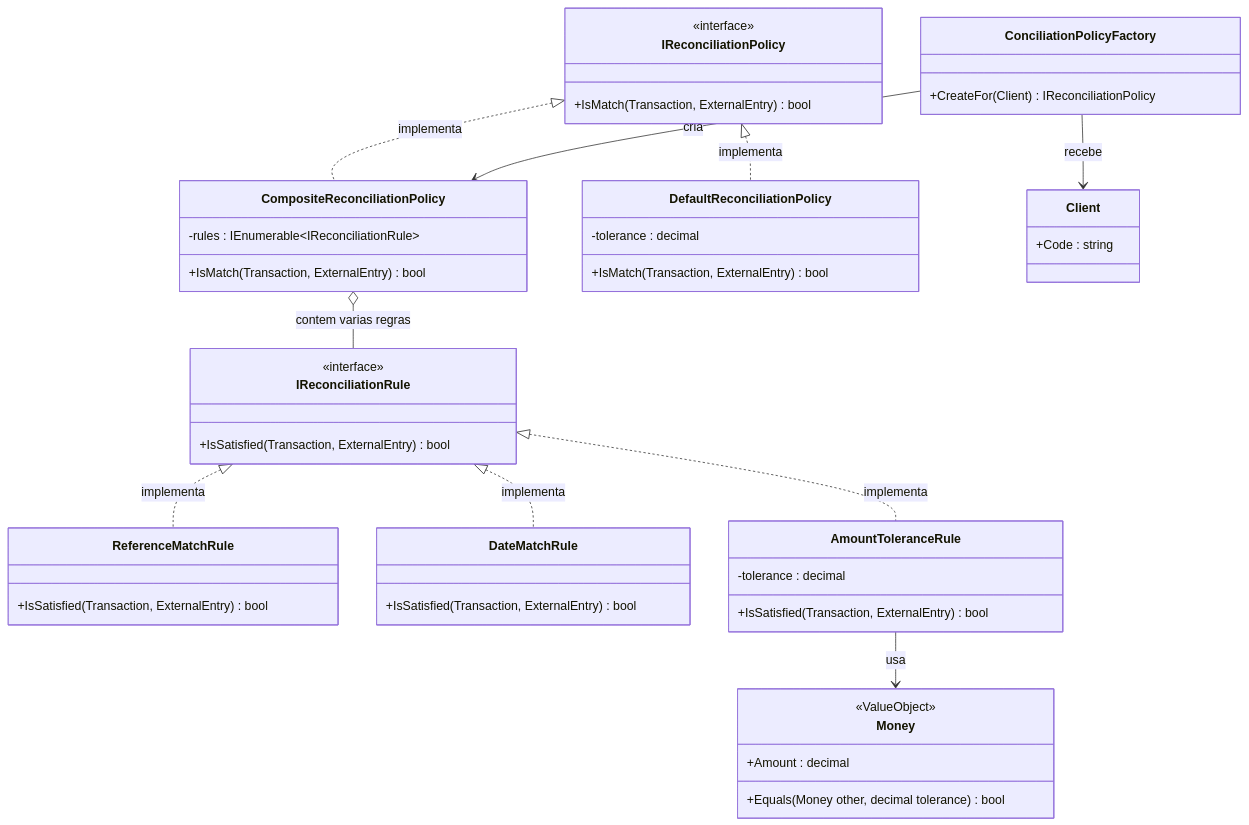
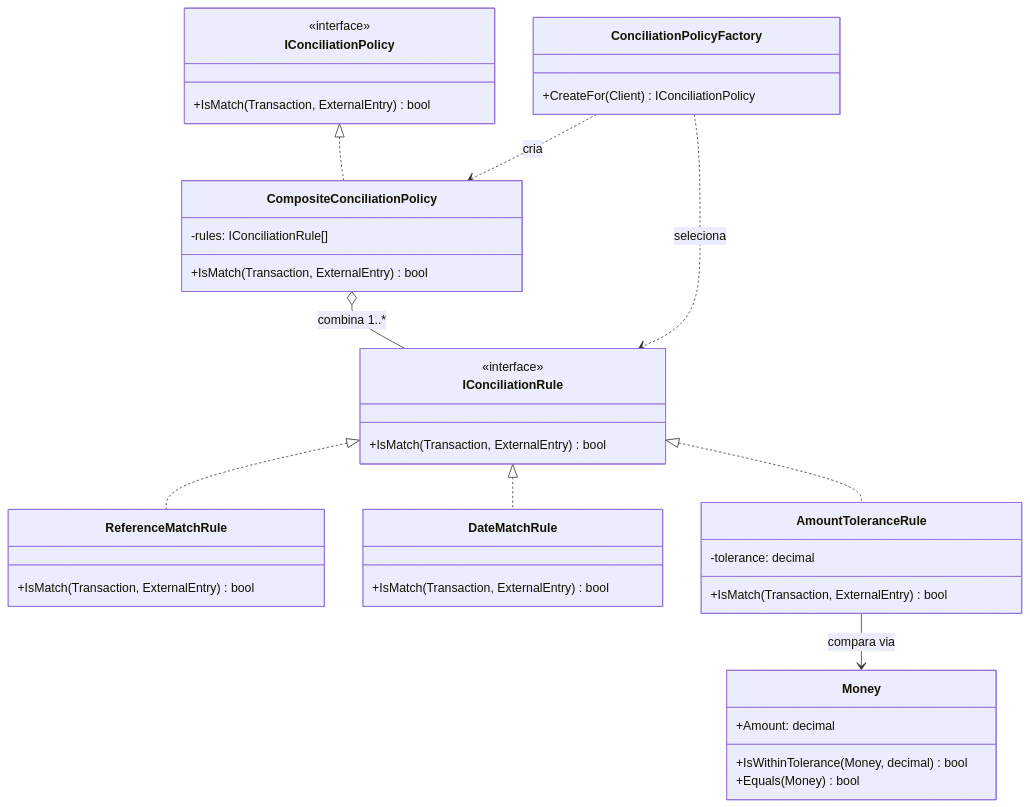
Before and after one commit to awernek/Conciliacao: the eighth of 12 diagrams in docs/DIAGRAMAS-PROJETO.md, drawn with Mermaid. The commit also changed other lines of this file and 22 other files, not shown here.

````diff
--- a/docs/DIAGRAMAS-PROJETO.md
+++ b/docs/DIAGRAMAS-PROJETO.md
@@ -326,61 +262,49 @@
 ```mermaid
 classDiagram
-    direction TB
-
-    class IReconciliationPolicy {
+    class IConciliationPolicy {
         <<interface>>
         +IsMatch(Transaction, ExternalEntry) bool
     }
 
-    class CompositeReconciliationPolicy {
-        -rules : IEnumerable~IReconciliationRule~
+    class CompositeConciliationPolicy {
+        -rules: IConciliationRule[]
         +IsMatch(Transaction, ExternalEntry) bool
     }
 
-    class DefaultReconciliationPolicy {
-        -tolerance : decimal
+    class IConciliationRule {
+        <<interface>>
         +IsMatch(Transaction, ExternalEntry) bool
     }
 
-    class IReconciliationRule {
-        <<interface>>
-        +IsSatisfied(Transaction, ExternalEntry) bool
-    }
-
     class ReferenceMatchRule {
-        +IsSatisfied(Transaction, ExternalEntry) bool
+        +IsMatch(Transaction, ExternalEntry) bool
     }
 
     class DateMatchRule {
-        +IsSatisfied(Transaction, ExternalEntry) bool
+        +IsMatch(Transaction, ExternalEntry) bool
     }
 
     class AmountToleranceRule {
-        -tolerance : decimal
-        +IsSatisfied(Transaction, ExternalEntry) bool
+        -tolerance: decimal
+        +IsMatch(Transaction, ExternalEntry) bool
     }
 
     class Money {
-        <<ValueObject>>
-        +Amount : decimal
-        +Equals(Money other, decimal tolerance) bool
+        +Amount: decimal
+        +IsWithinTolerance(Money, decimal) bool
+        +Equals(Money) bool
     }
 
     class ConciliationPolicyFactory {
-        +CreateFor(Client) IReconciliationPolicy
+        +CreateFor(Client) IConciliationPolicy
     }
 
-    class Client {
-        +Code : string
-    }
-
-    IReconciliationPolicy <|.. CompositeReconciliationPolicy : implementa
-    IReconciliationPolicy <|.. DefaultReconciliationPolicy : implementa
-    CompositeReconciliationPolicy o-- IReconciliationRule : contem varias regras
-    IReconciliationRule <|.. ReferenceMatchRule : implementa
-    IReconciliationRule <|.. DateMatchRule : implementa
-    IReconciliationRule <|.. AmountToleranceRule : implementa
-    AmountToleranceRule --> Money : usa
-    ConciliationPolicyFactory --> Client : recebe
-    ConciliationPolicyFactory --> CompositeReconciliationPolicy : cria
+    IConciliationPolicy <|.. CompositeConciliationPolicy
+    IConciliationRule <|.. ReferenceMatchRule
+    IConciliationRule <|.. DateMatchRule
+    IConciliationRule <|.. AmountToleranceRule
+    CompositeConciliationPolicy o-- IConciliationRule : combina 1..*
+    AmountToleranceRule --> Money : compara via
+    ConciliationPolicyFactory ..> CompositeConciliationPolicy : cria
+    ConciliationPolicyFactory ..> IConciliationRule : seleciona
 ```
````
